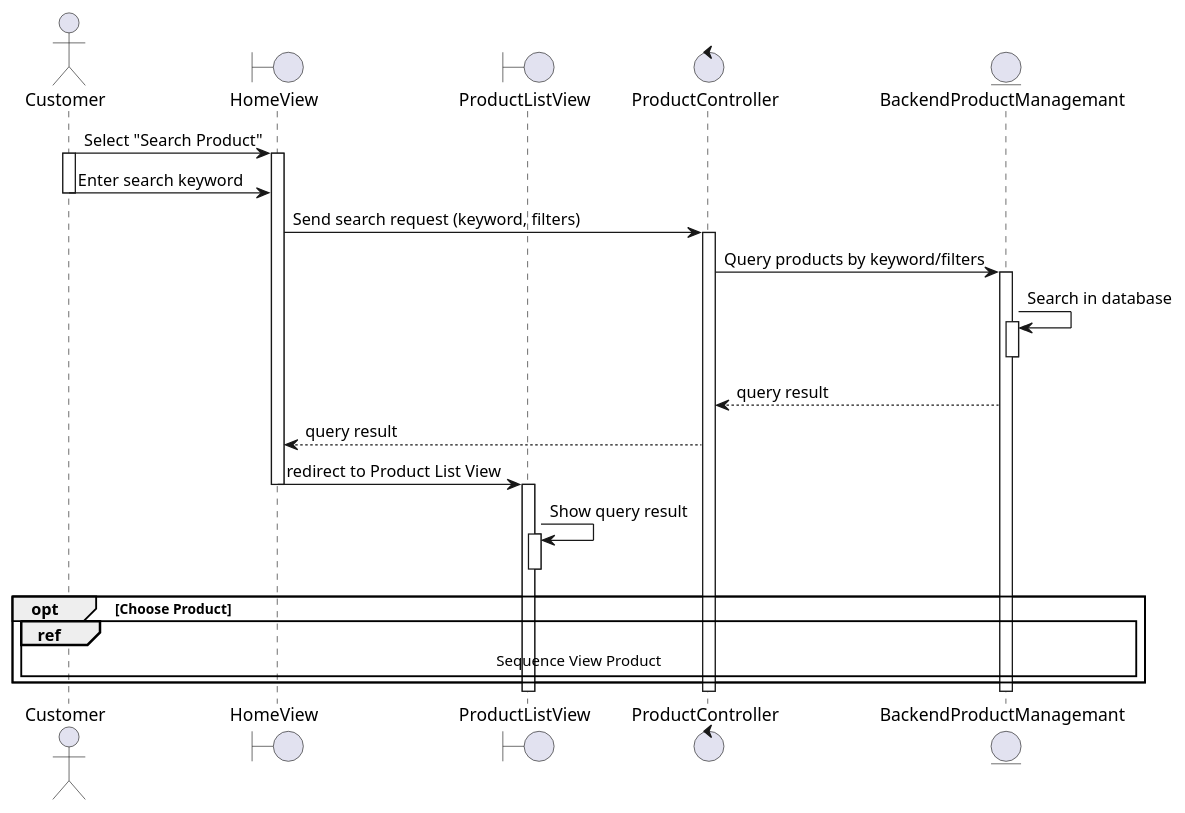
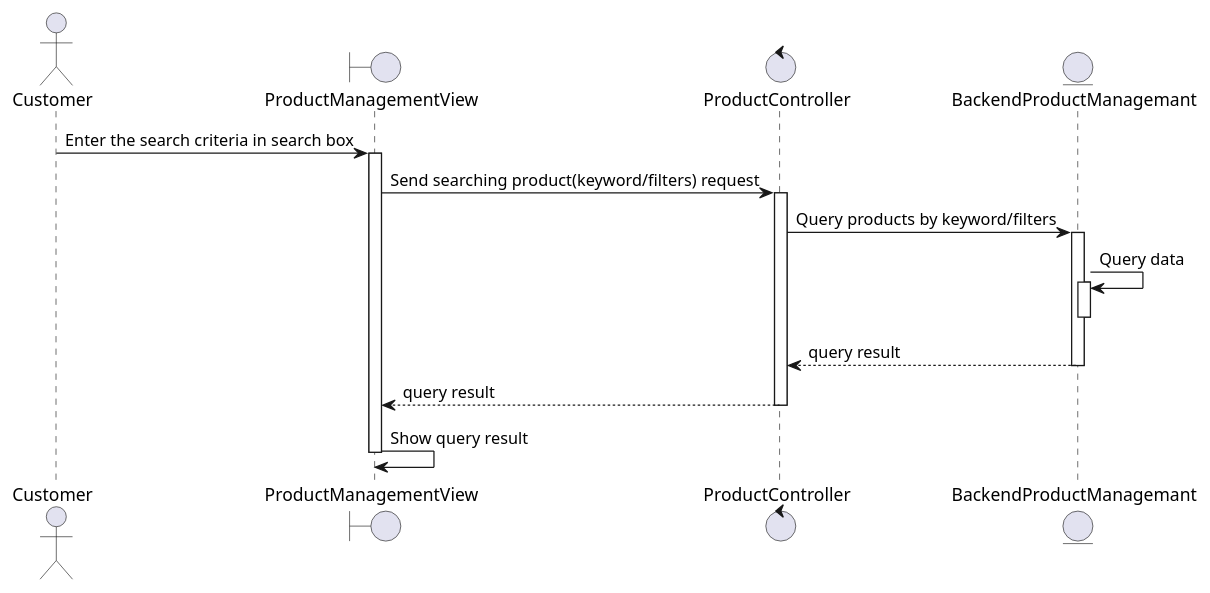
Before and after one commit to electricilies/electricilies.github.io: the diagram in docs/docs/sequence/view-product/search-product.md, drawn with PlantUML.

Commit message:
fix: simplify search-product

````diff
--- a/docs/docs/sequence/view-product/search-product.md
+++ b/docs/docs/sequence/view-product/search-product.md
@@ -3,42 +3,25 @@
 ```plantuml
 @startuml
 actor Customer as C
-boundary HomeView as HV
-boundary ProductListView as PLV
+boundary ProductManagementView as PMV
 control ProductController as PC
 entity BackendProductManagemant as BPM
 
-C -> HV: Select "Search Product"
-activate C
-activate HV
-C -> HV: Enter search keyword
-deactivate C
-
-HV -> PC: Send search request (keyword, filters)
-
+C -> PMV: Enter the search criteria in search box
+activate PMV
+PMV -> PC: Send searching product(keyword/filters) request
 activate PC
-
 PC -> BPM: Query products by keyword/filters
 activate BPM
-BPM -> BPM: Search in database
+BPM -> BPM: Query data
 activate BPM
 deactivate BPM
 PC <-- BPM: query result
-HV <--PC: query result
+deactivate BPM
+PMV <--PC: query result
+deactivate PC
 
-HV -> PLV: redirect to Product List View
-deactivate HV
-activate PLV
-PLV ->PLV: Show query result
-activate PLV
-deactivate PLV
-
-opt Choose Product
-  ref over C, BPM : Sequence View Product
-end
-deactivate PLV
-deactivate PC
-deactivate BPM
-
+PMV ->PMV: Show query result
+deactivate PMV
 @enduml
 ```
````
